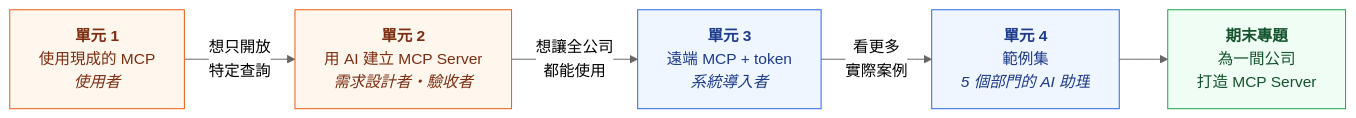
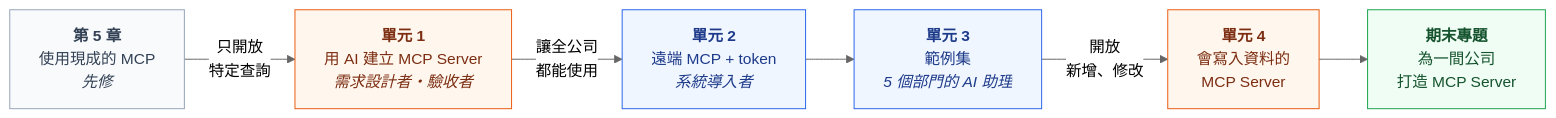
The second of 2 diagrams in mcp_server/README.md (roberthsu2003/postgreSQL_MCP), drawn with Mermaid (neutral theme) before and after one commit. The commit also changed other lines of this file and 110 other files, not shown here.

````diff
--- a/mcp_server/README.md
+++ b/mcp_server/README.md
@@ -48,16 +50,19 @@
 ```mermaid
 flowchart LR
-    U1["<b>單元 1</b><br/>使用現成的 MCP<br/><i>使用者</i>"]
-    U2["<b>單元 2</b><br/>用 AI 建立 MCP Server<br/><i>需求設計者・驗收者</i>"]
-    U3["<b>單元 3</b><br/>遠端 MCP + token<br/><i>系統導入者</i>"]
-    U4["<b>單元 4</b><br/>範例集<br/><i>5 個部門的 AI 助理</i>"]
-    U5["<b>期末專題</b><br/>為一間公司<br/>打造 MCP Server"]
-    U1 -->|"想只開放<br/>特定查詢"| U2 -->|"想讓全公司<br/>都能使用"| U3 -->|"看更多<br/>實際案例"| U4 --> U5
+    P["<b>第 5 章</b><br/>使用現成的 MCP<br/><i>先修</i>"]
+    U1["<b>單元 1</b><br/>用 AI 建立 MCP Server<br/><i>需求設計者・驗收者</i>"]
+    U2["<b>單元 2</b><br/>遠端 MCP + token<br/><i>系統導入者</i>"]
+    U3["<b>單元 3</b><br/>範例集<br/><i>5 個部門的 AI 助理</i>"]
+    U4["<b>單元 4</b><br/>會寫入資料的<br/>MCP Server"]
+    F["<b>期末專題</b><br/>為一間公司<br/>打造 MCP Server"]
+    P -->|"只開放<br/>特定查詢"| U1 -->|"讓全公司<br/>都能使用"| U2 --> U3 -->|"開放<br/>新增、修改"| U4 --> F
 
+    classDef pre fill:#f8fafc,stroke:#94a3b8,color:#334155
     classDef local fill:#fff7ed,stroke:#ea580c,color:#7c2d12
     classDef remote fill:#eff6ff,stroke:#2563eb,color:#1e3a8a
     classDef final fill:#f0fdf4,stroke:#16a34a,color:#14532d
-    class U1,U2 local
-    class U3,U4 remote
-    class U5 final
+    class P pre
+    class U1,U4 local
+    class U2,U3 remote
+    class F final
 ```
````
